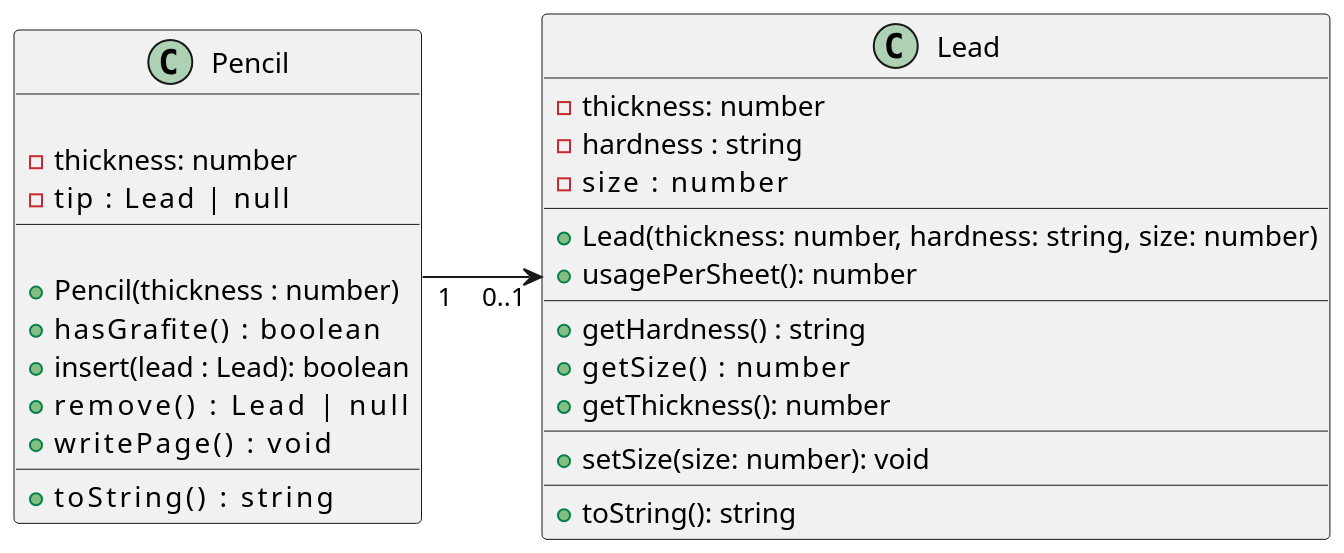
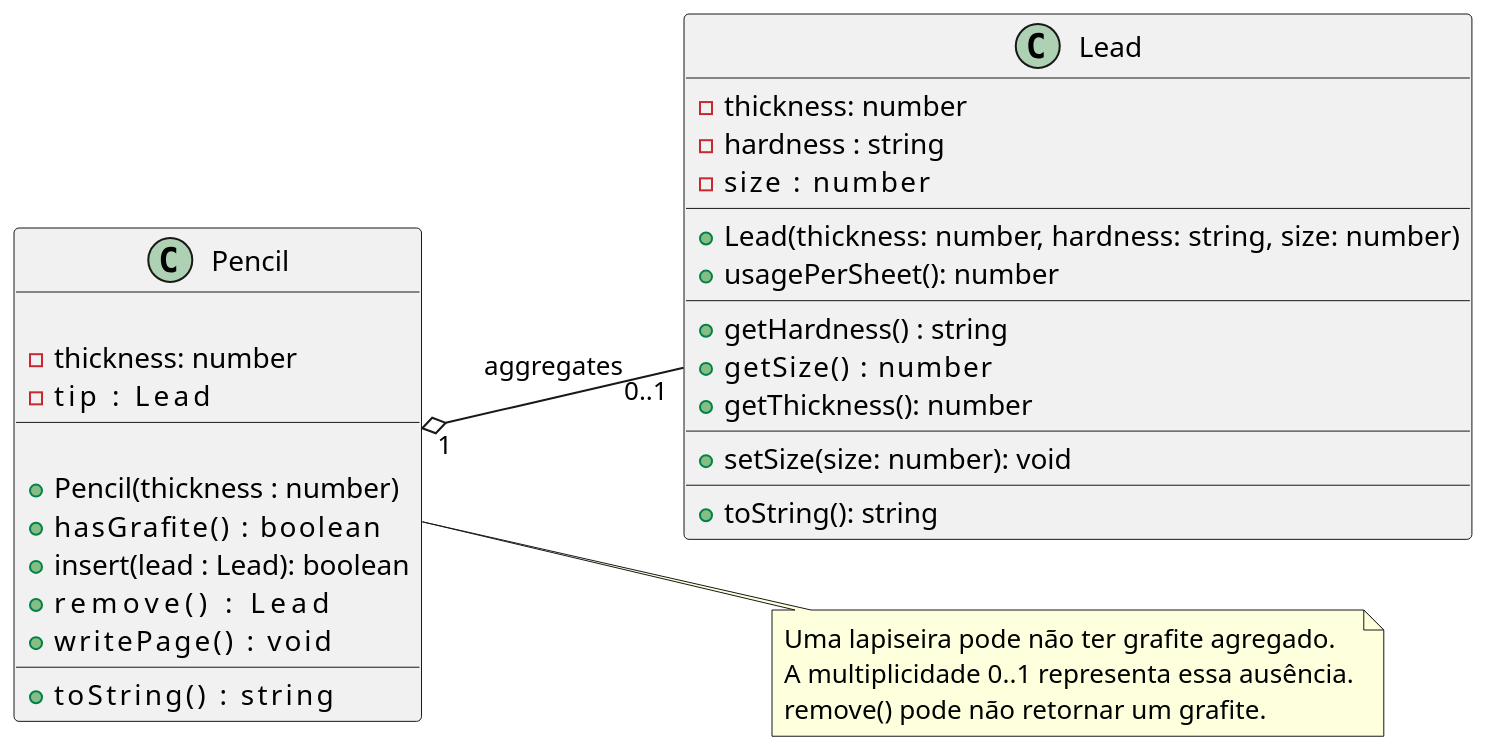
Before and after one commit to qxcodepoo/arcade: the diagram in labs/grafite/assets/diagrama.puml, drawn with PlantUML. The commit also changed 347 other files, not shown here.

```diff
--- a/labs/grafite/assets/diagrama.puml
+++ b/labs/grafite/assets/diagrama.puml
@@ -1,39 +1,45 @@
 @startuml
 skinparam defaultFontName "Source Code Pro"
 skinparam dpi 150
 left to right direction
 
 class Lead {
     - thickness: number
     - hardness : string
     - size     : number
     __
     + Lead(thickness: number, hardness: string, size: number)
     + usagePerSheet(): number
     __
     + getHardness() : string
     + getSize()     : number
     + getThickness(): number
     __
     + setSize(size: number): void
     __
     + toString(): string
 }
 
 class Pencil {
     
     - thickness: number
-    - tip      : Lead | null
+    - tip      : Lead
     __
 
     + Pencil(thickness : number)    
     + hasGrafite()       : boolean    
     + insert(lead : Lead): boolean
-    + remove()           : Lead | null
+    + remove()           : Lead
     + writePage()        : void
     __
     + toString()         : string
 }
 
-Pencil "1" --> "0..1" Lead
+Pencil "1" o-- "0..1" Lead : aggregates
+
+note right of Pencil
+  Uma lapiseira pode não ter grafite agregado.
+  A multiplicidade 0..1 representa essa ausência.
+  remove() pode não retornar um grafite.
+end note
 @enduml
```
